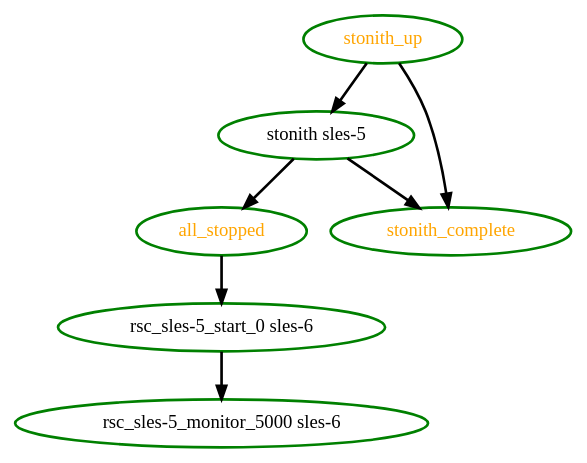
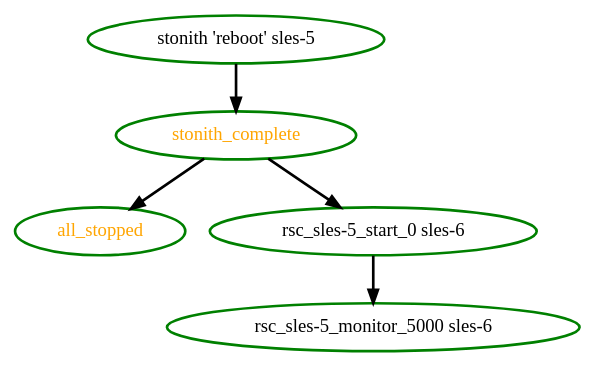
The diagram in pengine/test10/stonith-2.dot (ystk/debian-pacemaker), drawn with Graphviz before and after one commit. The commit also changed 5363 other files, not shown here.

```diff
--- a/pengine/test10/stonith-2.dot
+++ b/pengine/test10/stonith-2.dot
@@ -1,14 +1,11 @@
 digraph "g" {
-"all_stopped" -> "rsc_sles-5_start_0 sles-6" [ style = bold]
-"all_stopped" [ style=bold color="green" fontcolor="orange"  ]
-"rsc_sles-5_monitor_5000 sles-6" [ style=bold color="green" fontcolor="black"  ]
+"all_stopped" [ style=bold color="green" fontcolor="orange" ]
+"rsc_sles-5_monitor_5000 sles-6" [ style=bold color="green" fontcolor="black" ]
 "rsc_sles-5_start_0 sles-6" -> "rsc_sles-5_monitor_5000 sles-6" [ style = bold]
-"rsc_sles-5_start_0 sles-6" [ style=bold color="green" fontcolor="black"  ]
-"stonith sles-5" -> "all_stopped" [ style = bold]
-"stonith sles-5" -> "stonith_complete" [ style = bold]
-"stonith sles-5" [ style=bold color="green" fontcolor="black"  ]
-"stonith_complete" [ style=bold color="green" fontcolor="orange"  ]
-"stonith_up" -> "stonith sles-5" [ style = bold]
-"stonith_up" -> "stonith_complete" [ style = bold]
-"stonith_up" [ style=bold color="green" fontcolor="orange"  ]
+"rsc_sles-5_start_0 sles-6" [ style=bold color="green" fontcolor="black" ]
+"stonith 'reboot' sles-5" -> "stonith_complete" [ style = bold]
+"stonith 'reboot' sles-5" [ style=bold color="green" fontcolor="black"]
+"stonith_complete" -> "all_stopped" [ style = bold]
+"stonith_complete" -> "rsc_sles-5_start_0 sles-6" [ style = bold]
+"stonith_complete" [ style=bold color="green" fontcolor="orange" ]
 }
```
